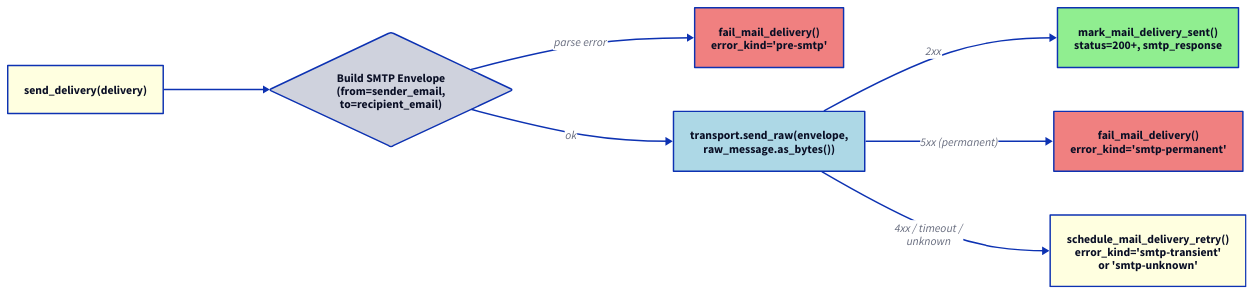
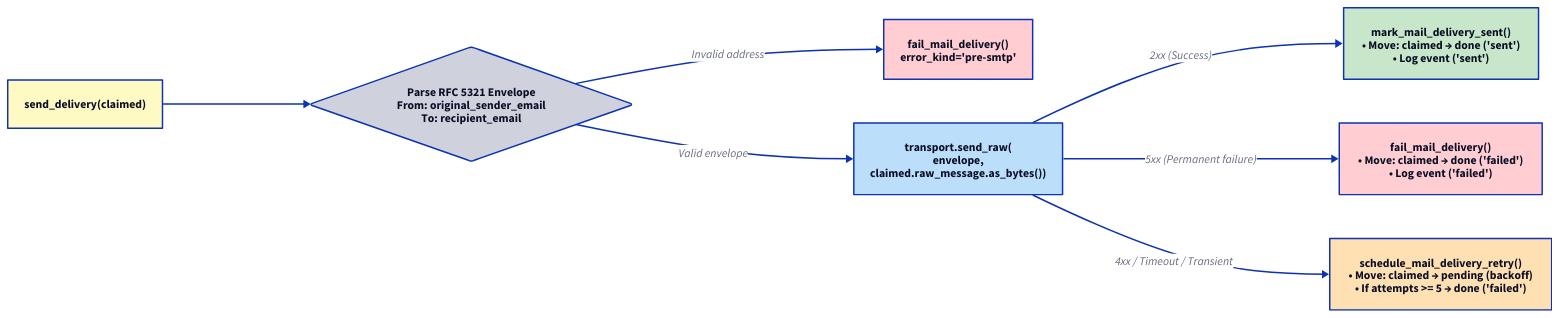
The diagram in docs/src/core/sender/control-flow-send-delivery.d2 (enaut/kommunikationszentrum), drawn with D2 before and after one commit. The commit also changed 18 other files, not shown here.

```diff
--- a/docs/src/core/sender/control-flow-send-delivery.d2
+++ b/docs/src/core/sender/control-flow-send-delivery.d2
@@ -1,16 +1,17 @@
 direction: right
 
-start: "send_delivery(delivery)" { style.fill: lightyellow }
-env: "Build SMTP Envelope\n(from=sender_email,\nto=recipient_email)" { shape: diamond }
-pre_err: "fail_mail_delivery()\nerror_kind='pre-smtp'" { style.fill: lightcoral }
-smtp: "transport.send_raw(envelope,\nraw_message.as_bytes())" { style.fill: lightblue }
-ok: "mark_mail_delivery_sent()\nstatus=200+, smtp_response" { style.fill: lightgreen }
-perm: "fail_mail_delivery()\nerror_kind='smtp-permanent'" { style.fill: lightcoral }
-trans: "schedule_mail_delivery_retry()\nerror_kind='smtp-transient'\nor 'smtp-unknown'" { style.fill: lightyellow }
+start: "send_delivery(claimed)" { style.fill: "#fff9c4" }
+env: "Parse RFC 5321 Envelope\nFrom: original_sender_email\nTo: recipient_email" { shape: diamond }
+pre_err: "fail_mail_delivery()\nerror_kind='pre-smtp'" { style.fill: "#ffcdd2" }
+smtp: "transport.send_raw(\nenvelope,\nclaimed.raw_message.as_bytes())" { style.fill: "#bbdefb" }
+
+ok: "mark_mail_delivery_sent()\n• Move: claimed → done ('sent')\n• Log event ('sent')" { style.fill: "#c8e6c9" }
+perm: "fail_mail_delivery()\n• Move: claimed → done ('failed')\n• Log event ('failed')" { style.fill: "#ffcdd2" }
+trans: "schedule_mail_delivery_retry()\n• Move: claimed → pending (backoff)\n• If attempts >= 5 → done ('failed')" { style.fill: "#ffe0b2" }
 
 start -> env
-env -> pre_err: "parse error"
-env -> smtp: "ok"
-smtp -> ok: "2xx"
-smtp -> perm: "5xx (permanent)"
-smtp -> trans: "4xx / timeout /\nunknown"
+env -> pre_err: "Invalid address"
+env -> smtp: "Valid envelope"
+smtp -> ok: "2xx (Success)"
+smtp -> perm: "5xx (Permanent failure)"
+smtp -> trans: "4xx / Timeout / Transient"
```
